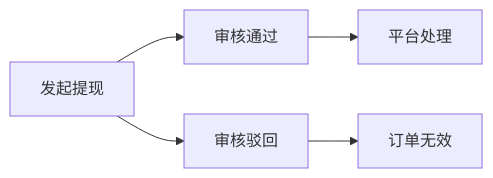
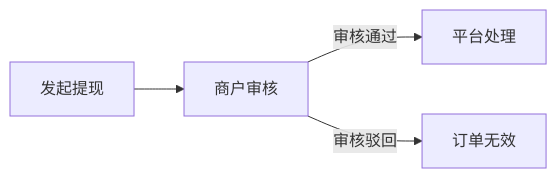
Before and after one commit to pbhaoo/docs: the fifth of 6 diagrams in user-guide/overview/functional-mechanism.mdx, drawn with Mermaid. The commit also changed other lines of this file and 7 other files, not shown here.

````diff
--- a/user-guide/overview/functional-mechanism.mdx
+++ b/user-guide/overview/functional-mechanism.mdx
@@ -53,6 +53,6 @@
 ```mermaid
 flowchart LR
 
-        发起提现 --> 审核通过 --> 平台处理
-        发起提现 --> 审核驳回 --> 订单无效
+        发起提现 --> 商户审核--审核通过 --> 平台处理
+        商户审核--审核驳回 --> 订单无效
 ```
````
